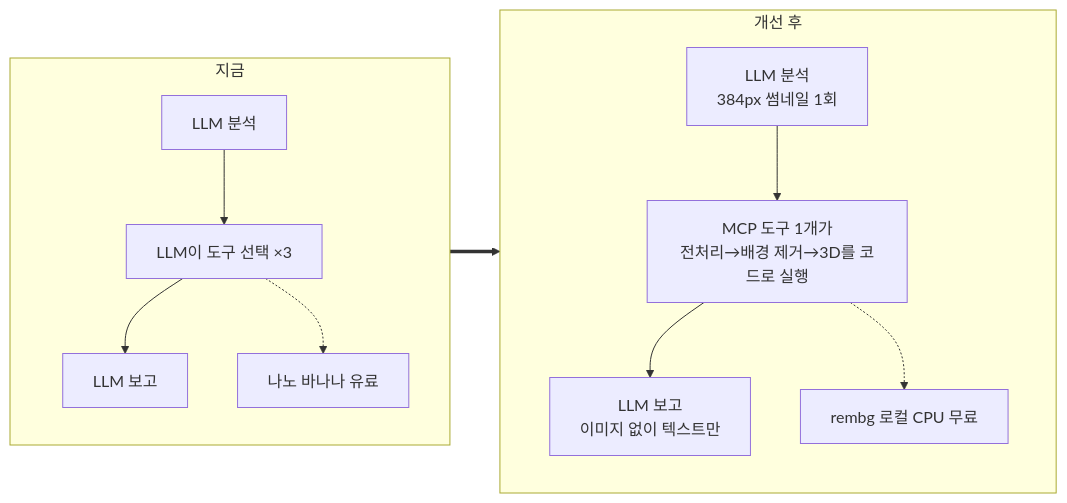
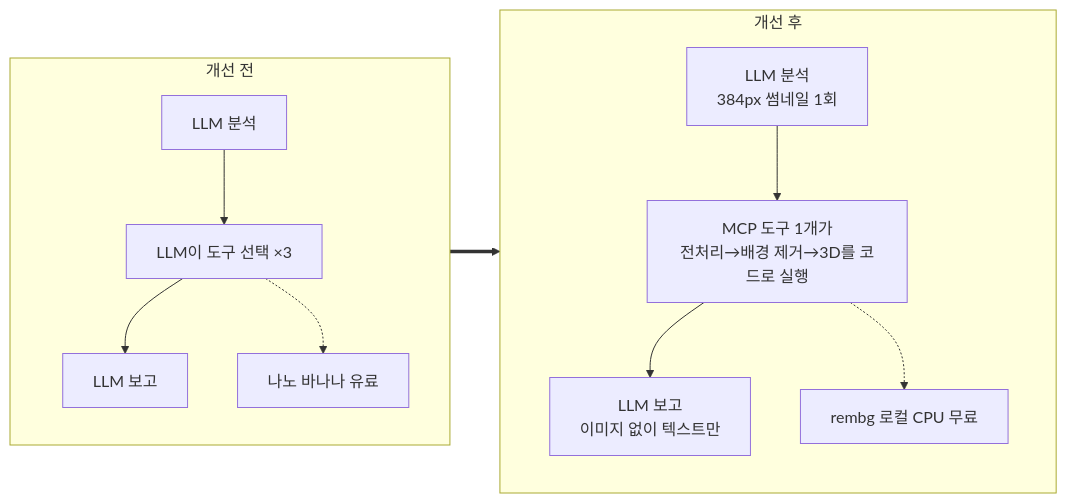
One commit to SKN35shimsungwook/concept3d_agent changed the third of 3 diagrams in README.md. Above: the diagram before and after it, drawn with Mermaid. The commit also changed other lines of this file and 7 other files, not shown here.

````diff
--- a/README.md
+++ b/README.md
@@ -172,14 +193,14 @@
 ```mermaid
 flowchart LR
-    subgraph now["지금"]
+    subgraph now["개선 전"]
         direction TB
         a1[LLM 분석] --> a2[LLM이 도구 선택 ×3] --> a3[LLM 보고]
         a2 -.-> n1[나노 바나나 유료]
     end
     subgraph after["개선 후"]
         direction TB
         b1[LLM 분석<br/>384px 썸네일 1회] --> b2[MCP 도구 1개가<br/>전처리→배경 제거→3D를 코드로 실행] --> b3[LLM 보고<br/>이미지 없이 텍스트만]
         b2 -.-> n2[rembg 로컬 CPU 무료]
     end
     now ==> after
 ```
````
